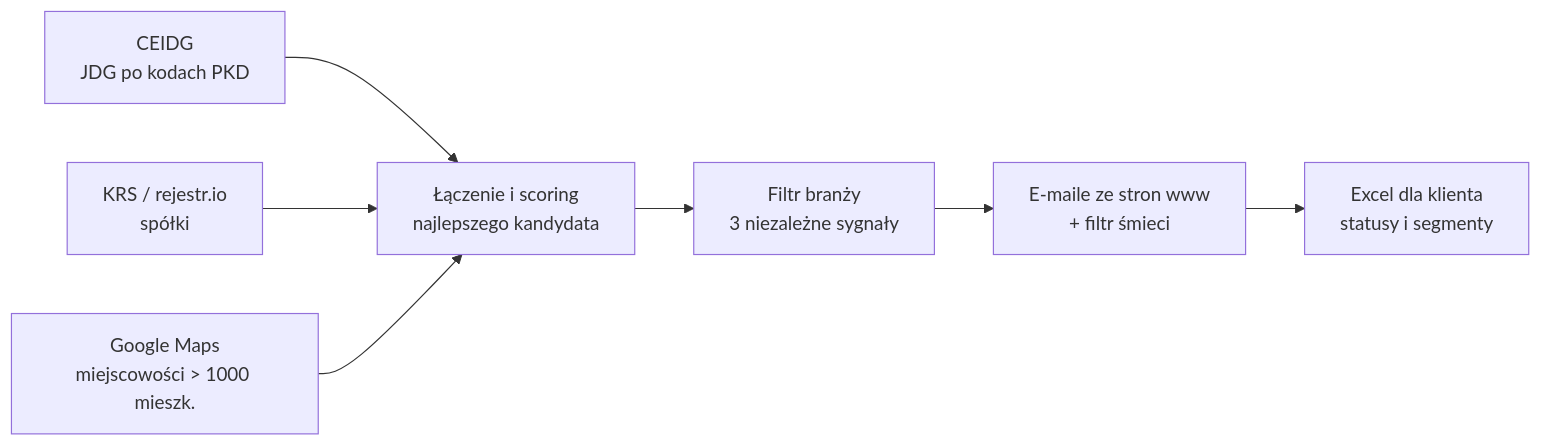
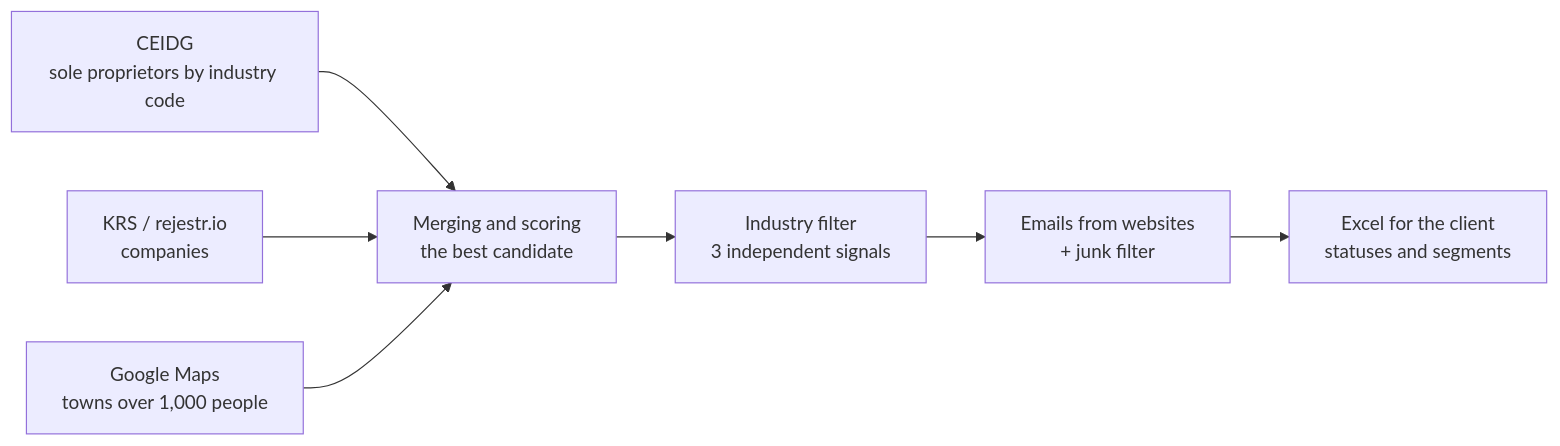
Before and after one commit to patrykolech/b2b-lead-database-pl: the diagram in README.md, drawn with Mermaid. The commit also changed other lines of this file, not shown here.

````diff
--- a/README.md
+++ b/README.md
@@ -46,9 +44,9 @@
 ```mermaid
 flowchart LR
-    A[CEIDG\nJDG po kodach PKD] --> D
-    B[KRS / rejestr.io\nspółki] --> D
-    C[Google Maps\nmiejscowości > 1000 mieszk.] --> D
-    D[Łączenie i scoring\nnajlepszego kandydata] --> E[Filtr branży\n3 niezależne sygnały]
-    E --> F[E-maile ze stron www\n+ filtr śmieci]
-    F --> G[Excel dla klienta\nstatusy i segmenty]
+    A[CEIDG\nsole proprietors by industry code] --> D
+    B[KRS / rejestr.io\ncompanies] --> D
+    C[Google Maps\ntowns over 1,000 people] --> D
+    D[Merging and scoring\nthe best candidate] --> E[Industry filter\n3 independent signals]
+    E --> F[Emails from websites\n+ junk filter]
+    F --> G[Excel for the client\nstatuses and segments]
 ```
````
